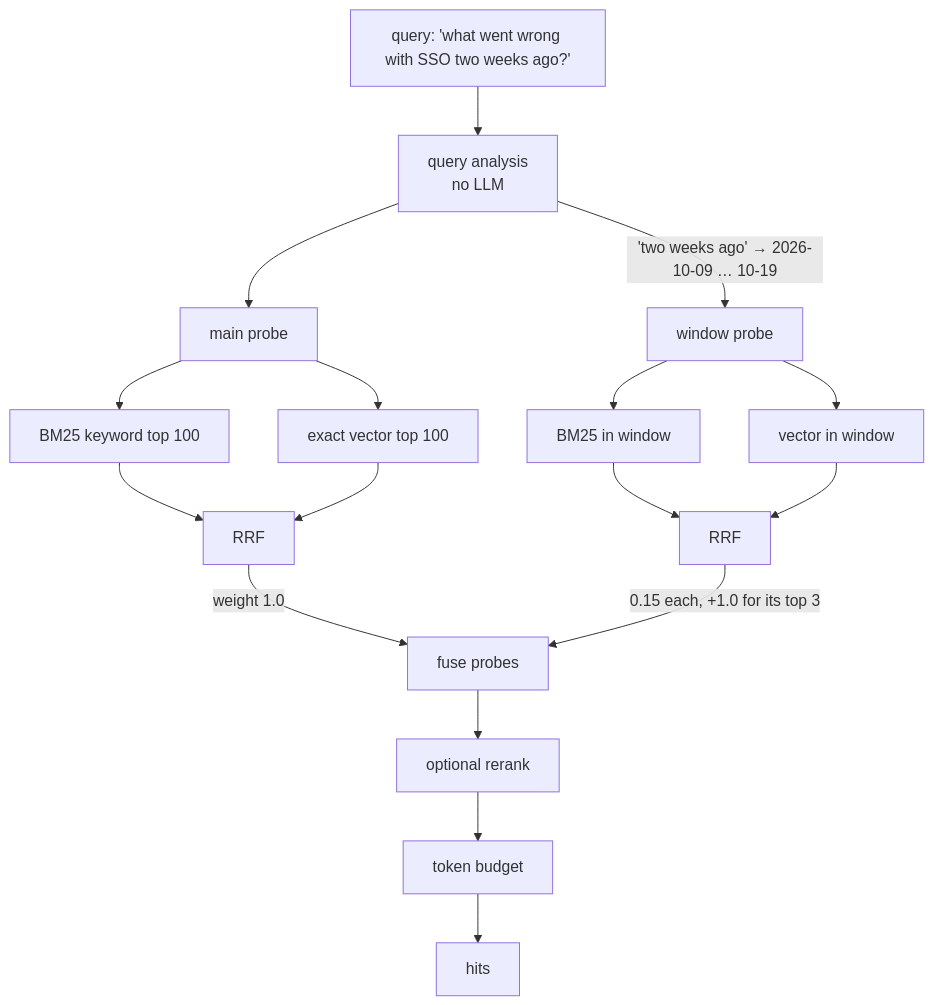
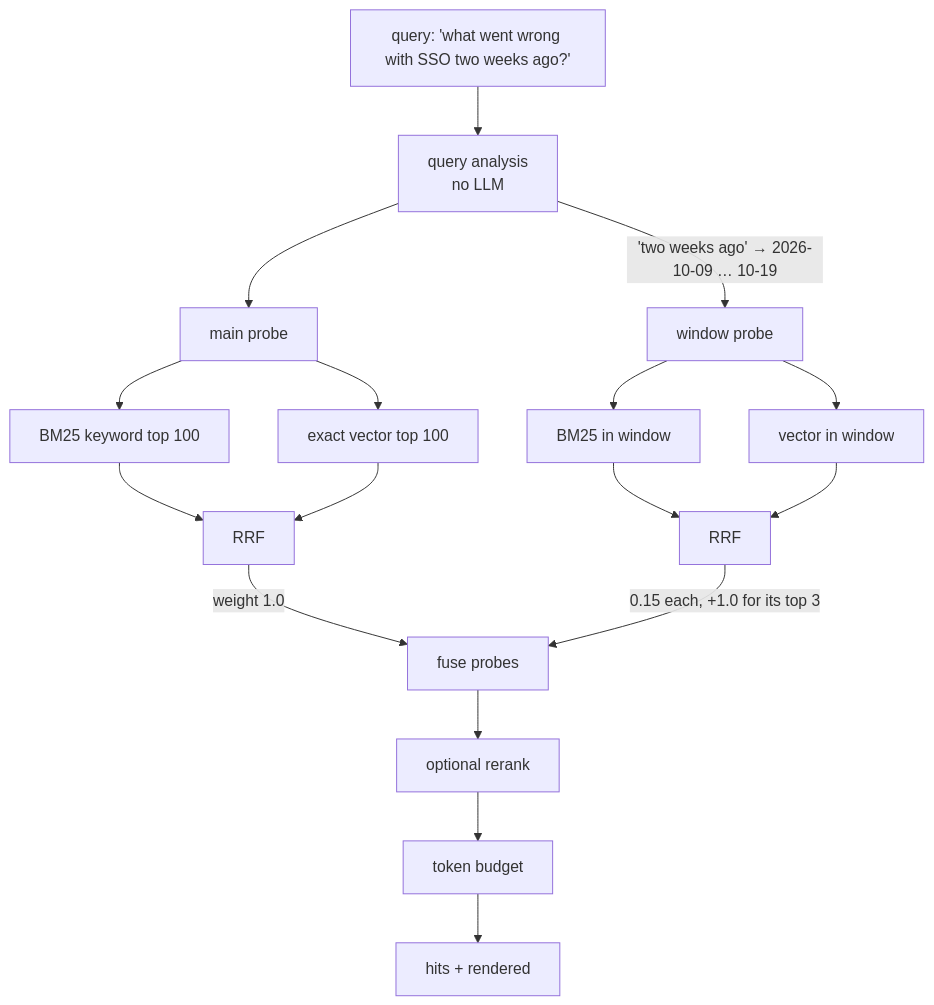
Before and after one commit to memhousehq/memhouse: the third of 4 diagrams in docs/api.md, drawn with Mermaid. The commit also changed other lines of this file and 33 other files, not shown here.

````diff
--- a/docs/api.md
+++ b/docs/api.md
@@ -360,15 +311,15 @@
 ```mermaid
 flowchart TB
     Q["query: 'what went wrong with SSO two weeks ago?'"] --> QA[query analysis<br/>no LLM]
     QA -->|"'two weeks ago' → 2026-10-09 … 10-19"| W[window probe]
     QA --> MP[main probe]
     MP --> K1[BM25 keyword top 100]
     MP --> V1[exact vector top 100]
     W --> K2[BM25 in window]
     W --> V2[vector in window]
     K1 & V1 --> F1[RRF]
     K2 & V2 --> F2[RRF]
     F1 -->|weight 1.0| F[fuse probes]
     F2 -->|"0.15 each, +1.0 for its top 3"| F
-    F --> RR[optional rerank] --> B[token budget] --> H[hits]
+    F --> RR[optional rerank] --> B[token budget] --> H[hits + rendered]
 ```
````
